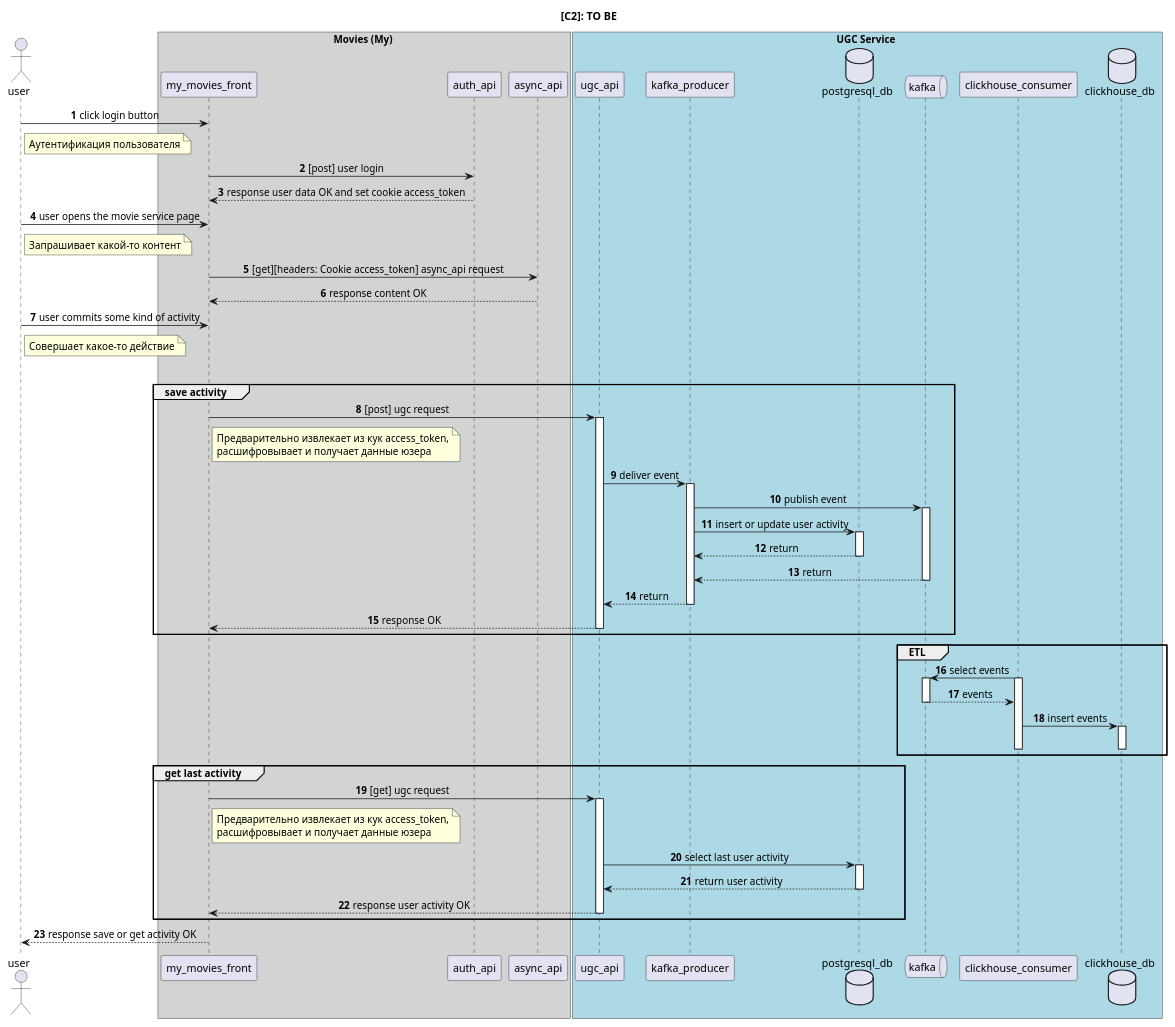
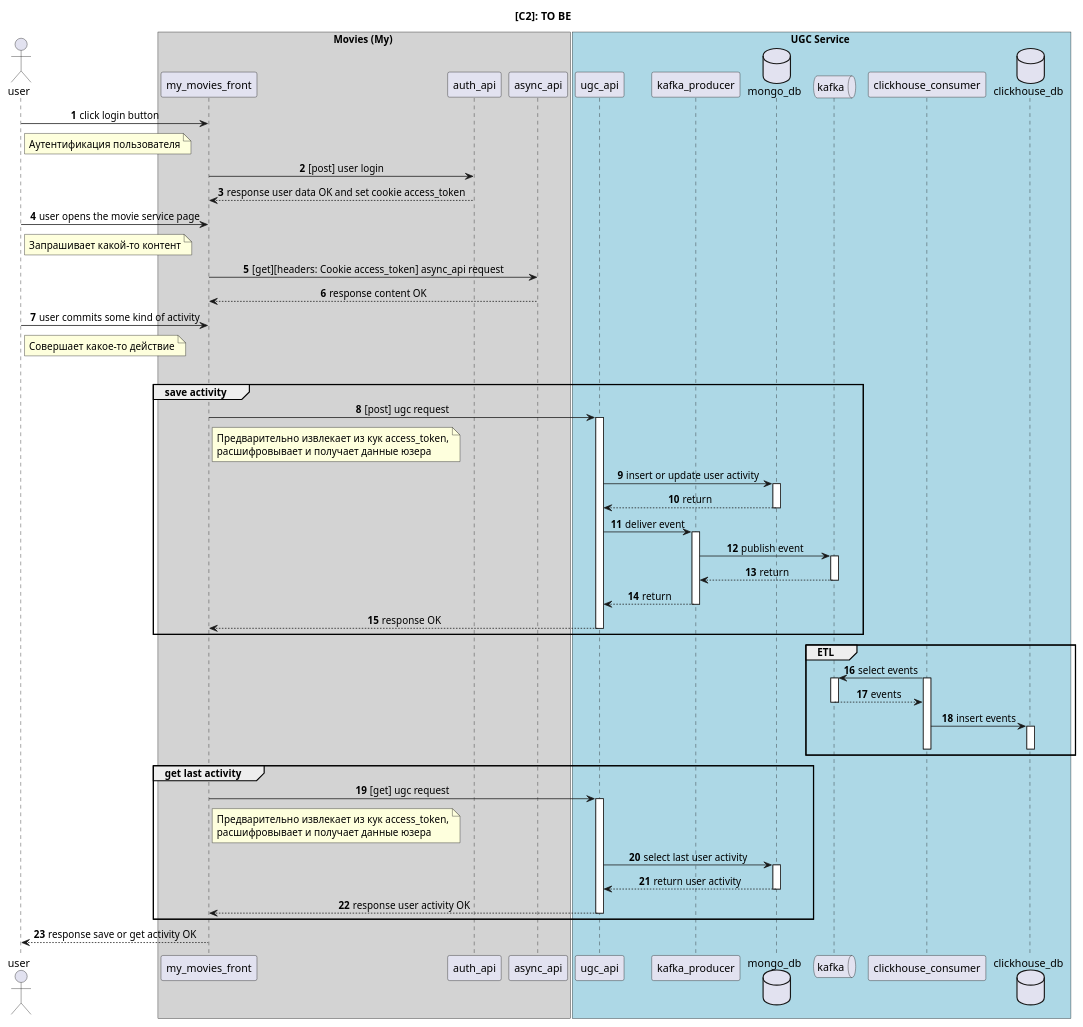
One commit to wiky-avis/movies_ugc_service changed the diagram in docs/to_be/с2_to_be.puml. Above: the diagram before and after it, drawn with PlantUML. The commit also changed 3 other files, not shown here.

Commit message:
поправила схему

```diff
--- a/docs/to_be/с2_to_be.puml
+++ b/docs/to_be/с2_to_be.puml
@@ -1,99 +1,99 @@
 @startuml
 
 title [C2]: TO BE
 
 autonumber
 skinparam sequenceMessageAlign center
 
 actor user as user
 
 box Movies (My) #LightGray
 participant my_movies_front as my_movies_front
 participant auth_api as auth_api
 participant async_api as async_api
 end box
 
 user -> my_movies_front : click login button
 note right of user
 Аутентификация пользователя
 end note
 my_movies_front -> auth_api : [post] user login
 my_movies_front <-- auth_api: response user data OK and set cookie access_token
 user -> my_movies_front : user opens the movie service page
 note right of user
 Запрашивает какой-то контент
 end note
 my_movies_front -> async_api : [get][headers: Cookie access_token] async_api request
 my_movies_front <-- async_api: response content OK
 user -> my_movies_front : user commits some kind of activity
 note right of user
 Совершает какое-то действие
 end note
 
 |||
 
 box UGC Service #lightBlue
 participant ugc_api as ugc_api
 participant kafka_producer as kafka_producer
-database postgresql_db as postgresql_db
+database mongo_db as mongo_db
 queue kafka as kafka
 participant clickhouse_consumer as clickhouse_consumer
 database clickhouse_db as clickhouse_db
 end box
 
 autonumber 8
 group save activity
 my_movies_front -> ugc_api: [post] ugc request
 note right of my_movies_front
 Предварительно извлекает из кук access_token,
 расшифровывает и получает данные юзера
 end note
 activate ugc_api
+ugc_api -> mongo_db: insert or update user activity
+activate mongo_db
+ugc_api <-- mongo_db: return
+deactivate mongo_db
 ugc_api -> kafka_producer: deliver event
 activate kafka_producer
 kafka_producer -> kafka: publish event
 activate kafka
-kafka_producer -> postgresql_db: insert or update user activity
-activate postgresql_db
-kafka_producer <-- postgresql_db: return
-deactivate postgresql_db
 kafka_producer <-- kafka: return
 deactivate kafka
 ugc_api <-- kafka_producer: return
 deactivate kafka_producer
 my_movies_front <-- ugc_api: response OK
 deactivate ugc_api
 end
 
 autonumber 16
 group ETL
 kafka <- clickhouse_consumer: select events
 activate kafka
 activate clickhouse_consumer
 kafka --> clickhouse_consumer: events
 deactivate kafka
 clickhouse_consumer -> clickhouse_db: insert events
 activate clickhouse_db
 deactivate clickhouse_consumer
 deactivate clickhouse_db
 end
 
 autonumber 19
 group get last activity
 my_movies_front -> ugc_api: [get] ugc request
 note right of my_movies_front
 Предварительно извлекает из кук access_token,
 расшифровывает и получает данные юзера
 end note
 activate ugc_api
-ugc_api -> postgresql_db: select last user activity
-activate postgresql_db
-ugc_api <-- postgresql_db: return user activity
-deactivate postgresql_db
+ugc_api -> mongo_db: select last user activity
+activate mongo_db
+ugc_api <-- mongo_db: return user activity
+deactivate mongo_db
 my_movies_front <-- ugc_api: response user activity OK
 deactivate ugc_api
 end
 
 user <-- my_movies_front: response save or get activity OK
 
 @enduml
```
